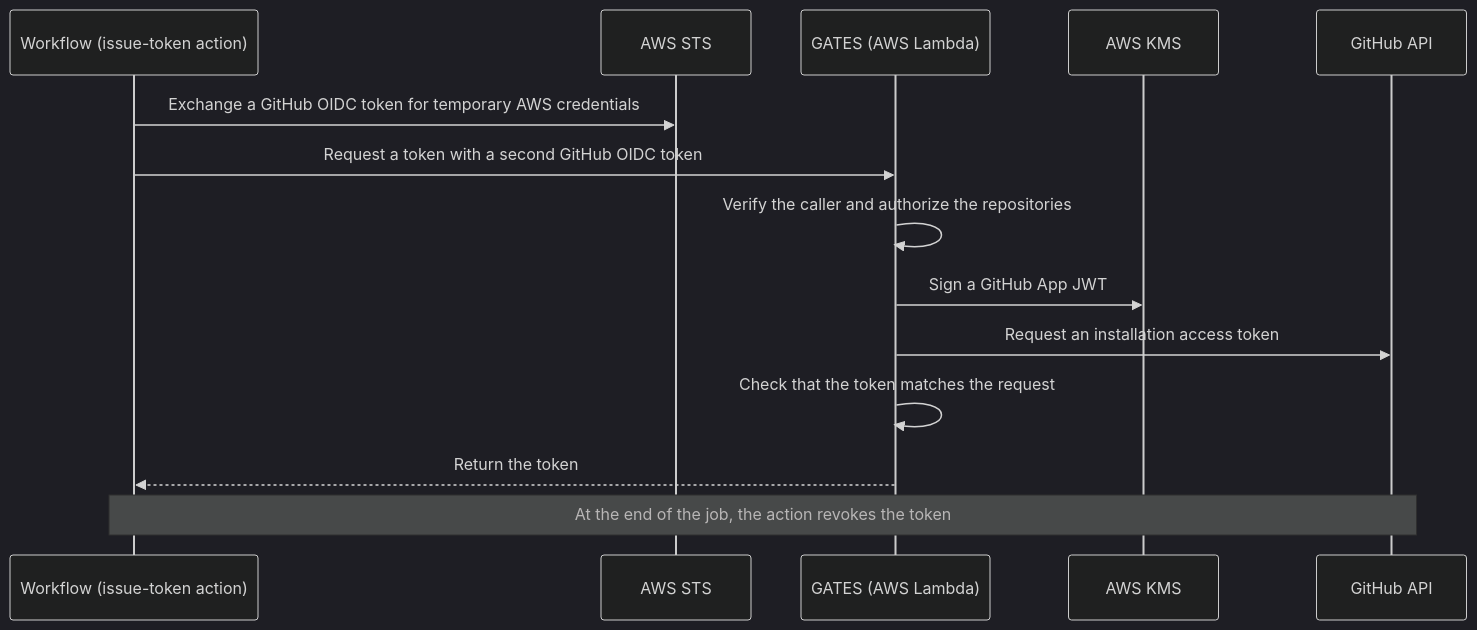
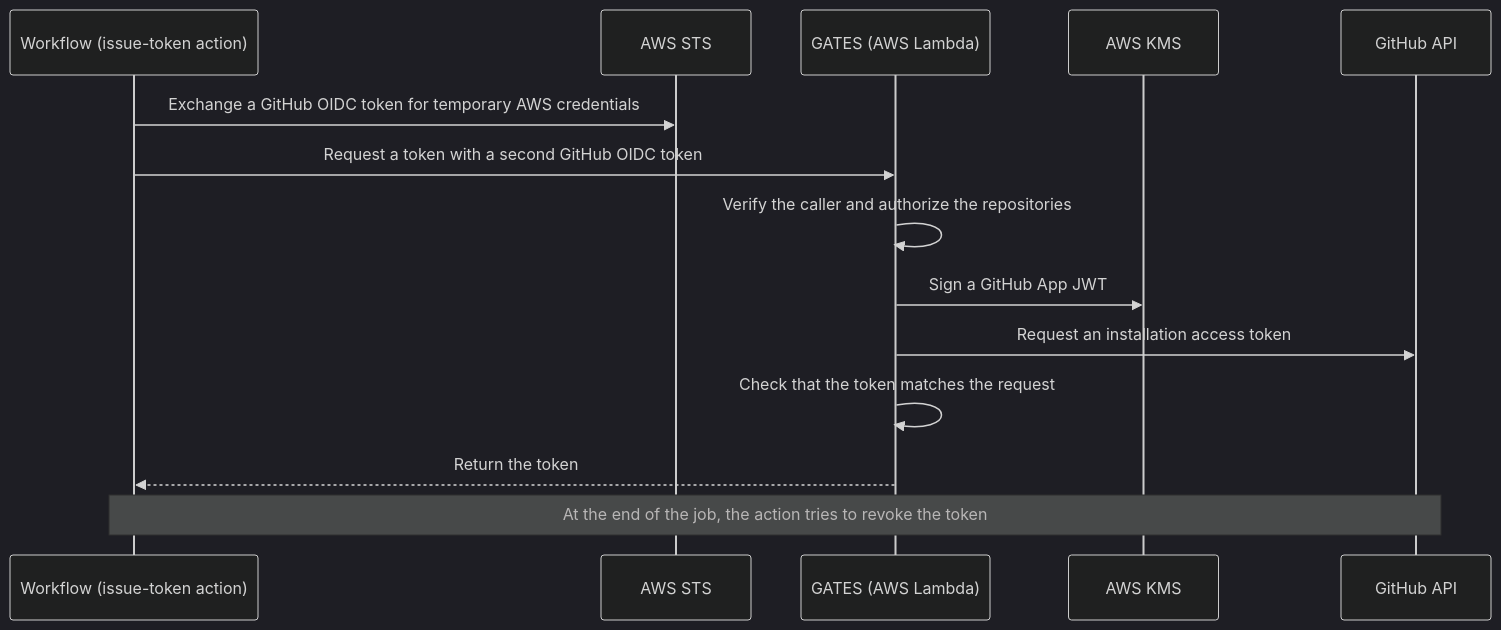
The diagram in README.md (tmknom/gates), drawn with Mermaid (dark theme) before and after one commit. The commit also changed other lines of this file and 14 other files, not shown here.

````diff
--- a/README.md
+++ b/README.md
@@ -30,17 +30,17 @@
 ```mermaid
 sequenceDiagram
     participant W as Workflow (issue-token action)
     participant S as AWS STS
     participant L as GATES (AWS Lambda)
     participant K as AWS KMS
     participant G as GitHub API
 
     W->>S: Exchange a GitHub OIDC token for temporary AWS credentials
     W->>L: Request a token with a second GitHub OIDC token
     L->>L: Verify the caller and authorize the repositories
     L->>K: Sign a GitHub App JWT
     L->>G: Request an installation access token
     L->>L: Check that the token matches the request
     L-->>W: Return the token
-    Note over W,G: At the end of the job, the action revokes the token
+    Note over W,G: At the end of the job, the action tries to revoke the token
 ```
````
